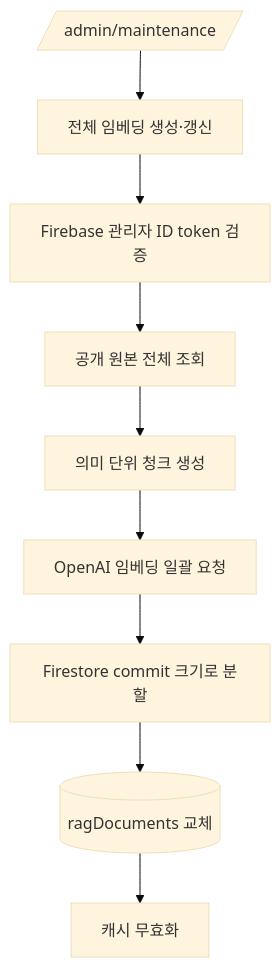
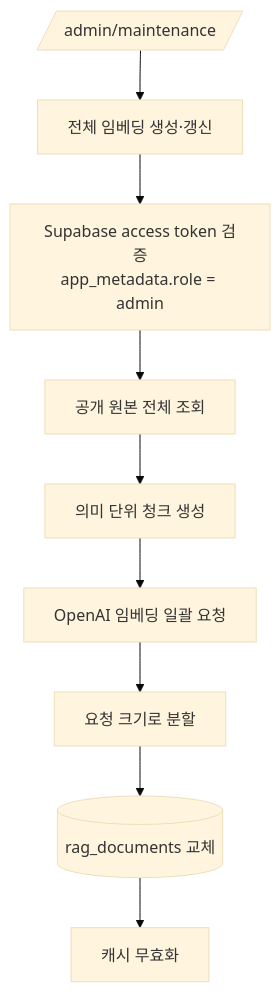
The third of 5 diagrams in docs/troubleshooting/chatbot-search-architecture.md (SJLee-0525/aperture), drawn with Mermaid (base theme) before and after one commit. The commit also changed other lines of this file and 1 other file, not shown here.

````diff
--- a/docs/troubleshooting/chatbot-search-architecture.md
+++ b/docs/troubleshooting/chatbot-search-architecture.md
@@ -322,11 +326,11 @@
 ```mermaid
 flowchart TD
     A[/admin/maintenance/] --> B[전체 임베딩 생성·갱신]
-    B --> C[Firebase 관리자 ID token 검증]
+    B --> C[Supabase access token 검증<br/>app_metadata.role = admin]
     C --> D[공개 원본 전체 조회]
     D --> E[의미 단위 청크 생성]
     E --> F[OpenAI 임베딩 일괄 요청]
-    F --> G[Firestore commit 크기로 분할]
-    G --> H[(ragDocuments 교체)]
+    F --> G[요청 크기로 분할]
+    G --> H[(rag_documents 교체)]
     H --> I[캐시 무효화]
 ```
````
